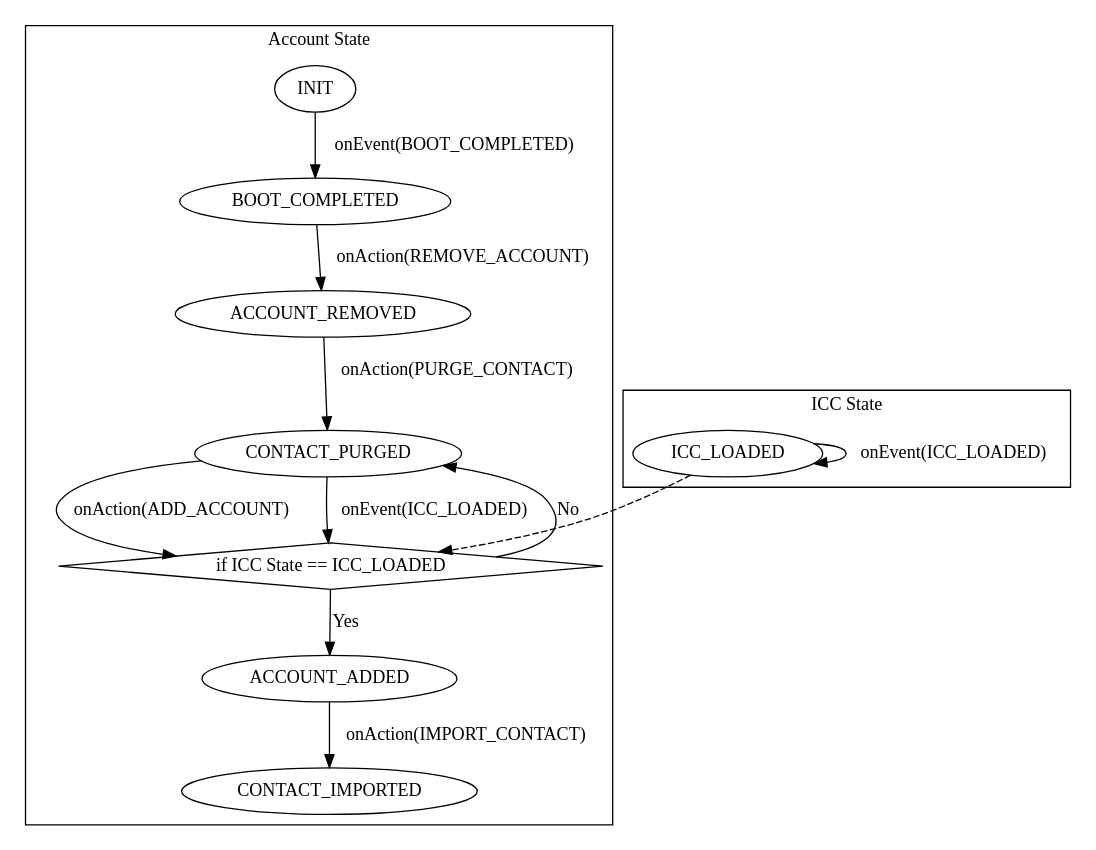
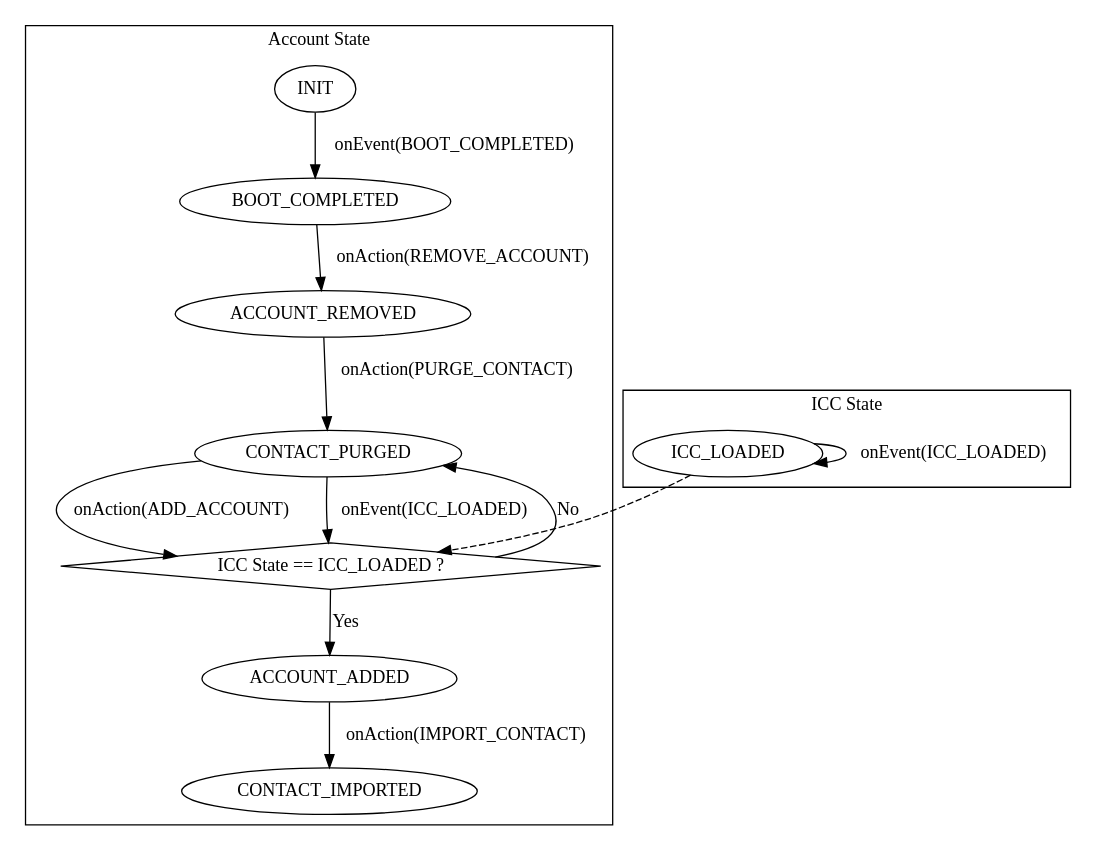
One commit to JinghuaXing/emacs changed the diagram in dotemacs/org/ics_contact.org. Above: the diagram before and after it, drawn with Graphviz. The commit also changed other lines of this file, not shown here.

```diff
--- a/dotemacs/org/ics_contact.org
+++ b/dotemacs/org/ics_contact.org
@@ -204,24 +301,24 @@
 #+begin_src dot :file fsa.png
-  
+
   digraph G {
    subgraph cluster1 {
       label="Account State"
       INIT->BOOT_COMPLETED[label="onEvent(BOOT_COMPLETED)"]
       BOOT_COMPLETED->ACCOUNT_REMOVED [label="onAction(REMOVE_ACCOUNT)"]
       ACCOUNT_REMOVED->CONTACT_PURGED [label="onAction(PURGE_CONTACT)"]
-      isIccLoaded [shape=diamond label="if ICC State == ICC_LOADED"]
+      isIccLoaded [shape=diamond label="ICC State == ICC_LOADED ?"]
       isIccLoaded->CONTACT_PURGED [label="No"]
       isIccLoaded->ACCOUNT_ADDED [label="Yes"]
-      CONTACT_PURGED->isIccLoaded [label="onAction(ADD_ACCOUNT)"] 
-      CONTACT_PURGED->isIccLoaded [label="onEvent(ICC_LOADED)"] 
+      CONTACT_PURGED->isIccLoaded [label="onAction(ADD_ACCOUNT)"]
+      CONTACT_PURGED->isIccLoaded [label="onEvent(ICC_LOADED)"]
       ACCOUNT_ADDED->CONTACT_IMPORTED [label="onAction(IMPORT_CONTACT)"]
    }
-  
+
    subgraph cluster2 {
        label="ICC State"
        ICC_LOADED -> ICC_LOADED [label="onEvent(ICC_LOADED)"]
    }
    ICC_LOADED -> isIccLoaded [style=dashed]
-  
+
   }
 #+end_src
```
